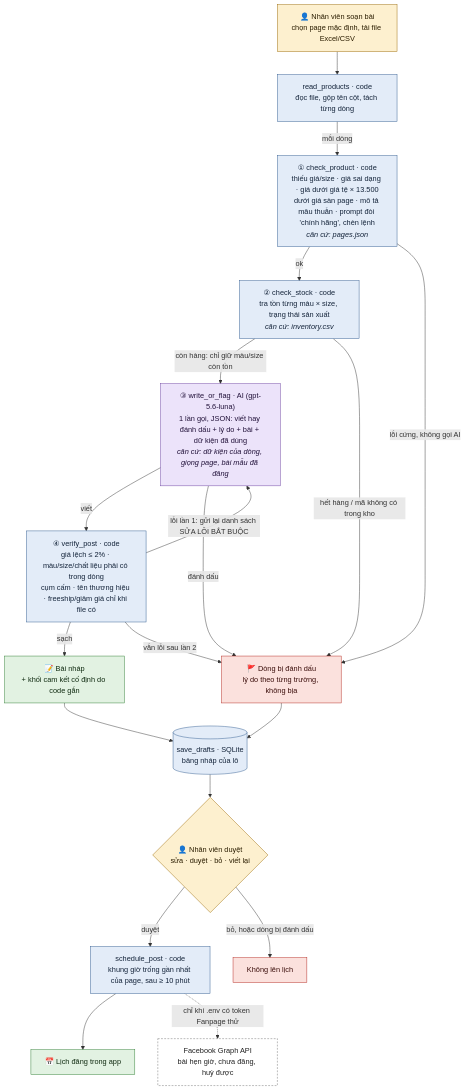
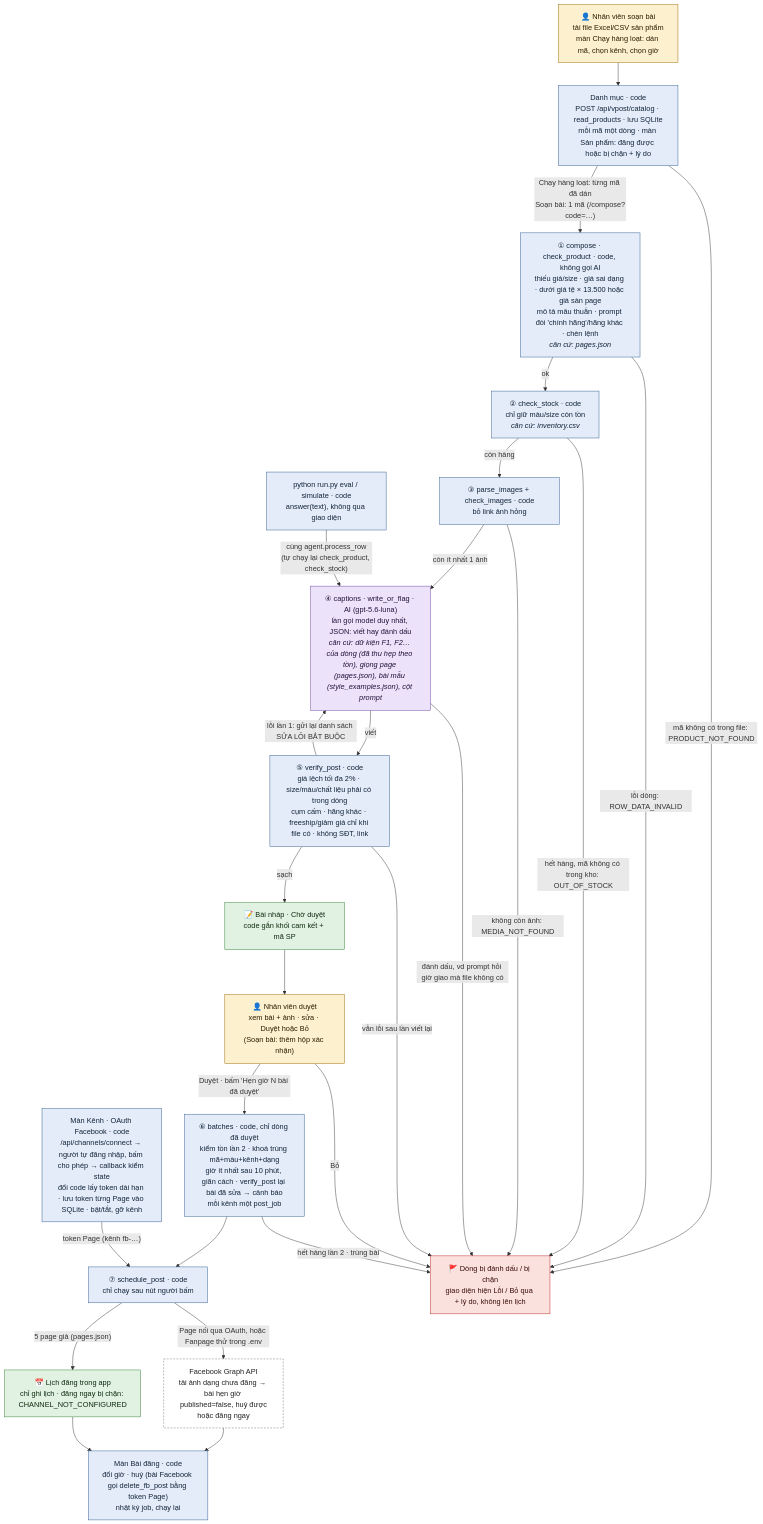
One commit to VinUni-AI20k/K5-L3-Day15-AI-Product-Hackathon changed the diagram in spec.md. Above: the diagram before and after it, drawn with Mermaid. The commit also changed other lines of this file and 8 other files, not shown here.

First line of the commit message:
Nối Page Facebook qua OAuth + vẽ lại sơ đồ kiến trúc AI

````diff
--- a/spec.md
+++ b/spec.md
@@ -40,36 +40,43 @@
 ```mermaid
 flowchart TD
-  U["👤 Nhân viên soạn bài<br/>chọn page mặc định, tải file Excel/CSV"] --> R["read_products · code<br/>đọc file, gộp tên cột, tách từng dòng"]
-  R -->|mỗi dòng| C1["① check_product · code<br/>thiếu giá/size · giá sai dạng · giá dưới giá tệ × 13.500<br/>dưới giá sàn page · mô tả mâu thuẫn · prompt đòi 'chính hãng', chèn lệnh<br/><i>căn cứ: pages.json</i>"]
-  C1 -->|ok| C2["② check_stock · code<br/>tra tồn từng màu × size, trạng thái sản xuất<br/><i>căn cứ: inventory.csv</i>"]
-  C2 -->|còn hàng: chỉ giữ màu/size còn tồn| W["③ write_or_flag · AI (gpt-5.6-luna)<br/>1 lần gọi, JSON: viết hay đánh dấu + lý do + bài + dữ kiện đã dùng<br/><i>căn cứ: dữ kiện của dòng, giọng page, bài mẫu đã đăng</i>"]
-  W -->|viết| V["④ verify_post · code<br/>giá lệch ≤ 2% · màu/size/chất liệu phải có trong dòng<br/>cụm cấm · tên thương hiệu · freeship/giảm giá chỉ khi file có"]
-  V -->|lỗi lần 1: gửi lại danh sách SỬA LỖI BẮT BUỘC| W
-  V -->|sạch| D["📝 Bài nháp<br/>+ khối cam kết cố định do code gắn"]
+  U["👤 Nhân viên soạn bài<br/>tải file Excel/CSV sản phẩm<br/>màn Chạy hàng loạt: dán mã, chọn kênh, chọn giờ"] --> CAT["Danh mục · code<br/>POST /api/vpost/catalog · read_products · lưu SQLite<br/>mỗi mã một dòng · màn Sản phẩm: đăng được hoặc bị chặn + lý do"]
+  CAT -->|"Chạy hàng loạt: từng mã đã dán<br/>Soạn bài: 1 mã (/compose?code=…)"| CP["① compose · check_product · code, không gọi AI<br/>thiếu giá/size · giá sai dạng · dưới giá tệ × 13.500 hoặc giá sàn page<br/>mô tả mâu thuẫn · prompt đòi 'chính hãng'/hãng khác · chèn lệnh<br/><i>căn cứ: pages.json</i>"]
+  CP -->|"ok"| CS["② check_stock · code<br/>chỉ giữ màu/size còn tồn<br/><i>căn cứ: inventory.csv</i>"]
+  CS -->|"còn hàng"| IM["③ parse_images + check_images · code<br/>bỏ link ảnh hỏng"]
+  IM -->|"còn ít nhất 1 ảnh"| W["④ captions · write_or_flag · AI (gpt-5.6-luna)<br/>lần gọi model duy nhất, JSON: viết hay đánh dấu<br/><i>căn cứ: dữ kiện F1, F2… của dòng (đã thu hẹp theo tồn), giọng page (pages.json), bài mẫu (style_examples.json), cột prompt</i>"]
+  W -->|"viết"| V["⑤ verify_post · code<br/>giá lệch tối đa 2% · size/màu/chất liệu phải có trong dòng<br/>cụm cấm · hãng khác · freeship/giảm giá chỉ khi file có · không SĐT, link"]
+  V -->|"lỗi lần 1: gửi lại danh sách SỬA LỖI BẮT BUỘC"| W
+  V -->|"sạch"| D["📝 Bài nháp · Chờ duyệt<br/>code gắn khối cam kết + mã SP"]
+  D --> H["👤 Nhân viên duyệt<br/>xem bài + ảnh · sửa · Duyệt hoặc Bỏ<br/>(Soạn bài: thêm hộp xác nhận)"]
+  H -->|"Duyệt · bấm 'Hẹn giờ N bài đã duyệt'"| B["⑥ batches · code, chỉ dòng đã duyệt<br/>kiểm tồn lần 2 · khoá trùng mã+màu+kênh+dạng<br/>giờ ít nhất sau 10 phút, giãn cách · verify_post lại bài đã sửa → cảnh báo<br/>mỗi kênh một post_job"]
+  B --> SP["⑦ schedule_post · code<br/>chỉ chạy sau nút người bấm"]
+  KN["Màn Kênh · OAuth Facebook · code<br/>/api/channels/connect → người tự đăng nhập, bấm cho phép → callback kiểm state<br/>đổi code lấy token dài hạn · lưu token từng Page vào SQLite · bật/tắt, gỡ kênh"] -->|"token Page (kênh fb-…)"| SP
+  SP -->|"Page nối qua OAuth, hoặc Fanpage thử trong .env"| FB["Facebook Graph API<br/>tải ảnh dạng chưa đăng → bài hẹn giờ published=false, huỷ được<br/>hoặc đăng ngay"]
+  SP -->|"5 page giả (pages.json)"| CAL["📅 Lịch đăng trong app<br/>chỉ ghi lịch · đăng ngay bị chặn: CHANNEL_NOT_CONFIGURED"]
+  FB --> BD["Màn Bài đăng · code<br/>đổi giờ · huỷ (bài Facebook gọi delete_fb_post bằng token Page)<br/>nhật ký job, chạy lại"]
+  CAL --> BD
 
-  C1 -->|lỗi cứng, không gọi AI| F["🚩 Dòng bị đánh dấu<br/>lý do theo từng trường, không bịa"]
-  C2 -->|hết hàng / mã không có trong kho| F
-  W -->|đánh dấu| F
-  V -->|vẫn lỗi sau lần 2| F
+  EV["python run.py eval / simulate · code<br/>answer(text), không qua giao diện"] -->|"cùng agent.process_row<br/>(tự chạy lại check_product, check_stock)"| W
 
-  D --> T[("save_drafts · SQLite<br/>bảng nháp của lô")]
-  F --> T
-  T --> H{"👤 Nhân viên duyệt<br/>sửa · duyệt · bỏ · viết lại"}
-  H -->|duyệt| S["schedule_post · code<br/>khung giờ trống gần nhất của page, sau ≥ 10 phút"]
-  H -->|bỏ, hoặc dòng bị đánh dấu| X["Không lên lịch"]
-  S --> CAL["📅 Lịch đăng trong app"]
-  S -.->|chỉ khi .env có token Fanpage thử| FB["Facebook Graph API<br/>bài hẹn giờ, chưa đăng, huỷ được"]
+  CAT -->|"mã không có trong file: PRODUCT_NOT_FOUND"| F["🚩 Dòng bị đánh dấu / bị chặn<br/>giao diện hiện Lỗi / Bỏ qua + lý do, không lên lịch"]
+  CP -->|"lỗi dòng: ROW_DATA_INVALID"| F
+  CS -->|"hết hàng, mã không có trong kho: OUT_OF_STOCK"| F
+  IM -->|"không còn ảnh: MEDIA_NOT_FOUND"| F
+  W -->|"đánh dấu, vd prompt hỏi giờ giao mà file không có"| F
+  V -->|"vẫn lỗi sau lần viết lại"| F
+  H -->|"Bỏ"| F
+  B -->|"hết hàng lần 2 · trùng bài"| F
 
   classDef code fill:#e3ecf8,stroke:#2f5a8f,color:#14243a
   classDef llm fill:#ece3fa,stroke:#6a3fa0,color:#22123a
   classDef human fill:#fdf0cf,stroke:#9a6700,color:#2b1d00
   classDef stop fill:#fbe1dd,stroke:#b3261e,color:#3a0d0a
   classDef ok fill:#e2f2e2,stroke:#2e7d32,color:#0f2a10
   classDef ext fill:#ffffff,stroke:#6b6b6b,stroke-dasharray:4 3,color:#222222
-  class R,C1,C2,V,T,S code
+  class CAT,CP,CS,IM,V,B,SP,BD,EV,KN code
   class W llm
   class U,H human
-  class F,X stop
+  class F stop
   class D,CAL ok
   class FB ext
 ```
````
